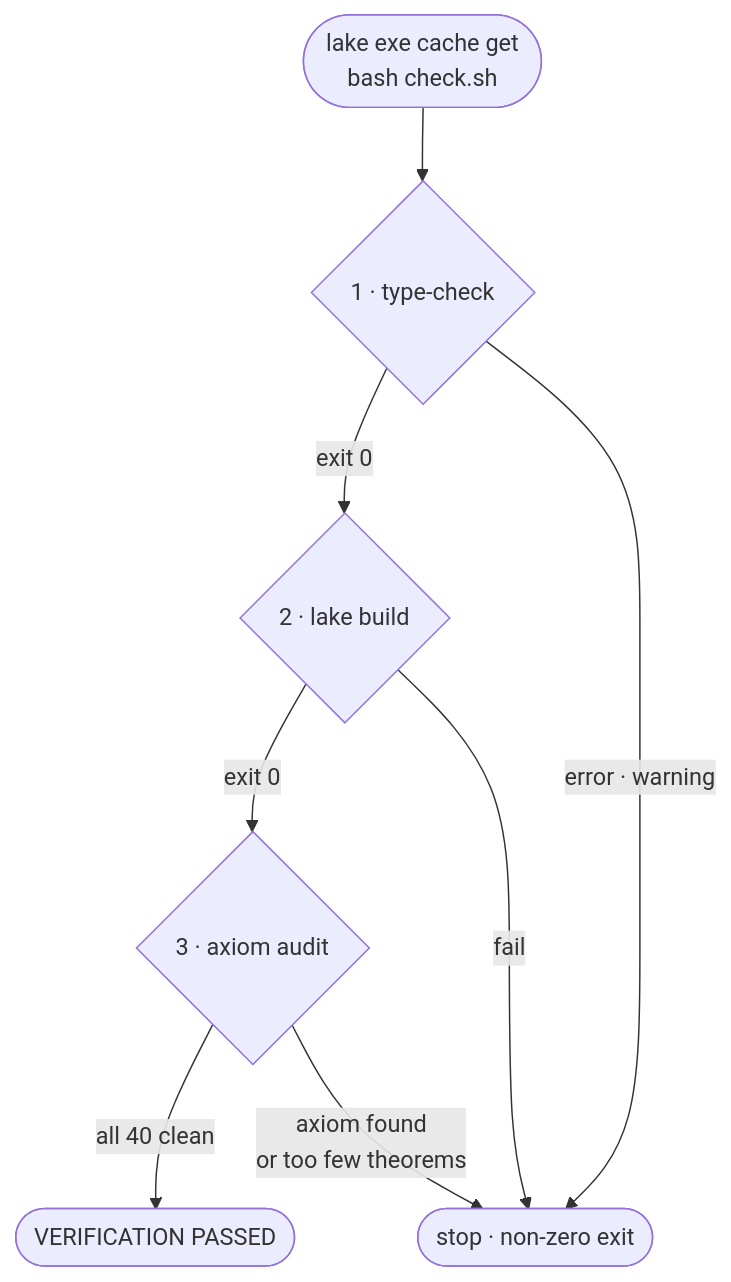
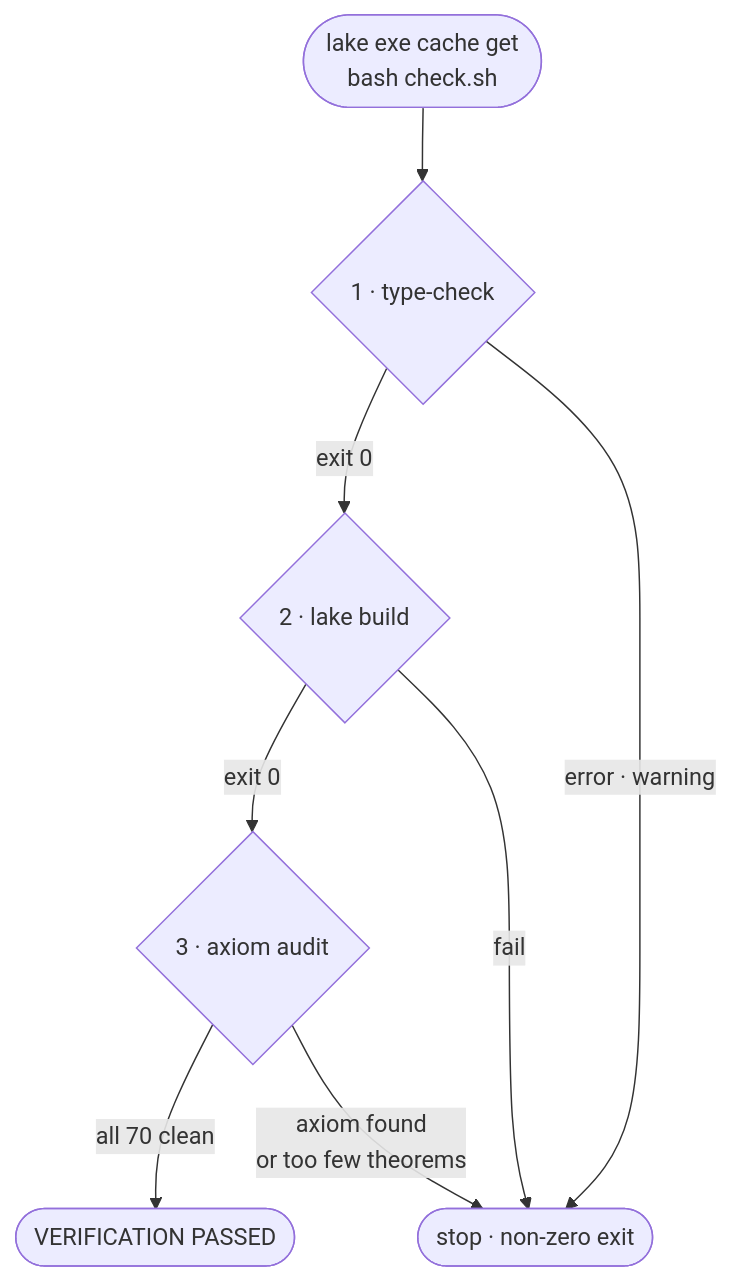
Before and after one commit to ekoshv/actuality-and-necessary-ground-lean4: the seventh of 7 diagrams in README.md, drawn with Mermaid. The commit also changed other lines of this file and 11 other files, not shown here.

````diff
--- a/README.md
+++ b/README.md
@@ -390,10 +432,10 @@
 ```mermaid
 flowchart TD
     Start(["lake exe cache get<br/>bash check.sh"]) --> G1{"1 · type-check"}
     G1 -->|"exit 0"| G2{"2 · lake build"}
     G1 -->|"error · warning"| Stop([stop · non-zero exit])
     G2 -->|"exit 0"| G3{"3 · axiom audit"}
     G2 -->|fail| Stop
-    G3 -->|"all 40 clean"| Pass([VERIFICATION PASSED])
+    G3 -->|"all 70 clean"| Pass([VERIFICATION PASSED])
     G3 -->|"axiom found<br/>or too few theorems"| Stop
 ```
````
